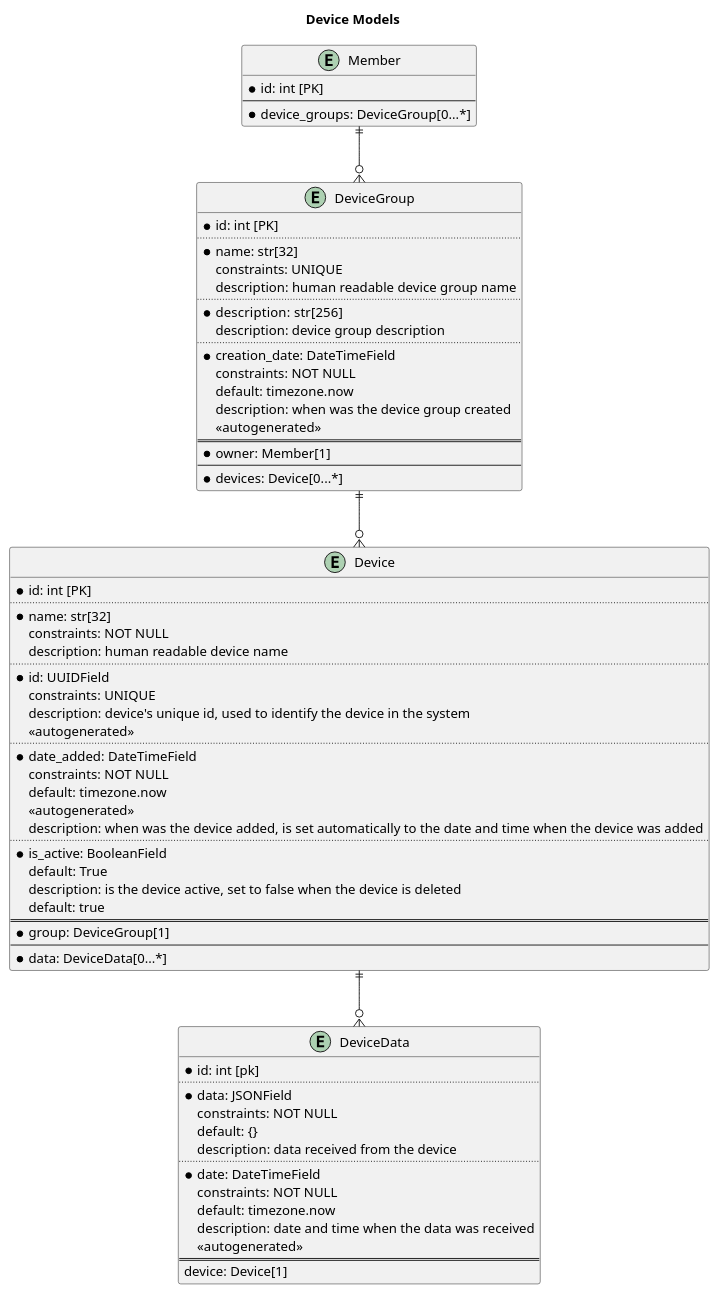
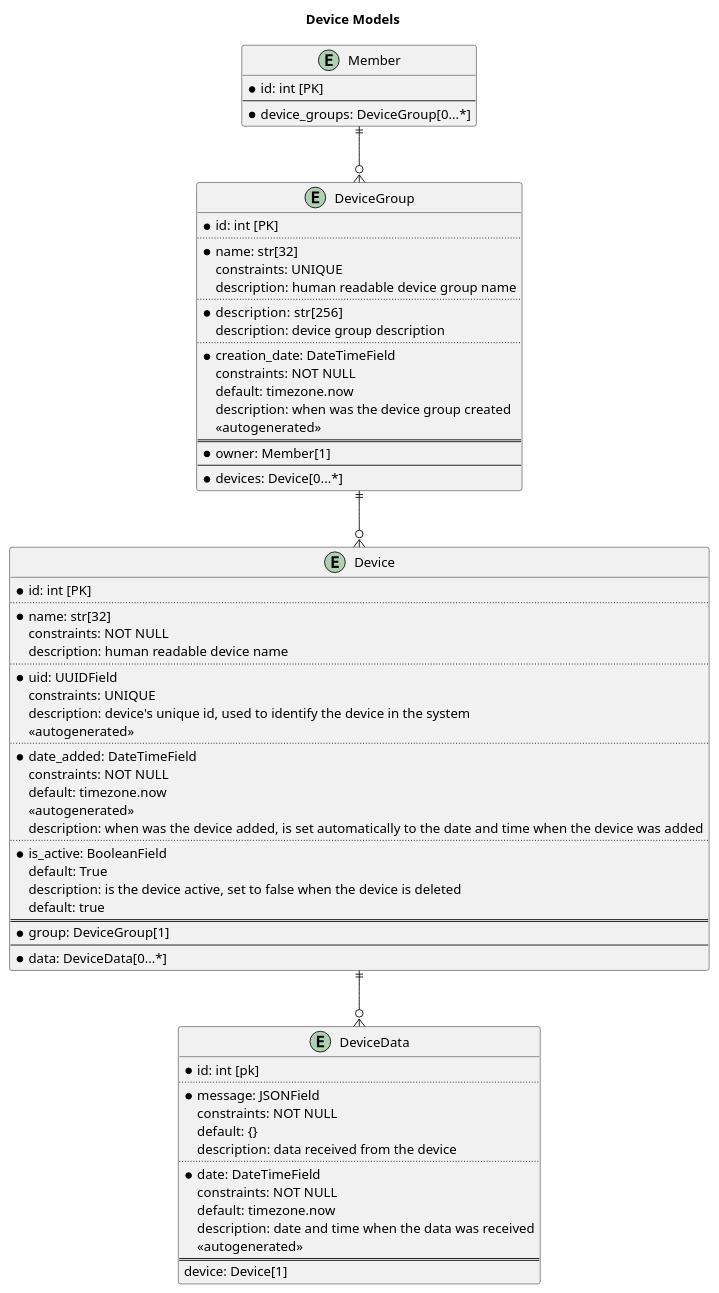
The diagram in devices/models.puml (ece-mohammad/AIS), drawn with PlantUML before and after one commit. The commit also changed 10 other files, not shown here.

```diff
--- a/devices/models.puml
+++ b/devices/models.puml
@@ -1,88 +1,88 @@
 @startuml "Device Models"
 
 title "Device Models"
 
 ' top to bottom direction
 
 skinparam linetype ortho
 
 
 Entity Member {
     * id: int [PK]
     --
     * device_groups: DeviceGroup[0...*]
 }
 
 Entity DeviceGroup {
     * id: int [PK]
     ..
     * name: str[32] 
     constraints: UNIQUE
     description: human readable device group name
     ..
     * description:  str[256] 
     description: device group description 
     ..
     * creation_date: DateTimeField 
     constraints: NOT NULL 
     default: timezone.now
     description: when was the device group created
     <<autogenerated>>
     ==
     * owner: Member[1]
     --
     * devices: Device[0...*]
 }
 
 Entity Device {
     * id: int [PK]
     ..
     * name: str[32] 
     constraints: NOT NULL 
     description: human readable device name
     ..
-    * id: UUIDField 
+    * uid: UUIDField 
     constraints: UNIQUE 
     description: device's unique id, used to identify the device in the system
     <<autogenerated>>
     ..
     * date_added: DateTimeField 
     constraints: NOT NULL 
     default: timezone.now
     <<autogenerated>>
     description: when was the device added, is set automatically to the date and time when the device was added
     ..
     * is_active: BooleanField 
     default: True
     description: is the device active, set to false when the device is deleted
     default: true
     ==
     * group: DeviceGroup[1]
     --
     * data: DeviceData[0...*]
 }
 
 Entity DeviceData {
     * id: int [pk]
     ..
-    * data: JSONField
+    * message: JSONField
     constraints: NOT NULL
     default: {}
     description: data received from the device
     ..
     * date: DateTimeField
     constraints: NOT NULL
     default: timezone.now
     description: date and time when the data was received
     <<autogenerated>>
     ==
     device: Device[1]
 }
 
 ' relations
 Member        ||--o{ DeviceGroup
 DeviceGroup   ||--o{ Device
 Device        ||--o{ DeviceData
 
 
 @enduml
```
